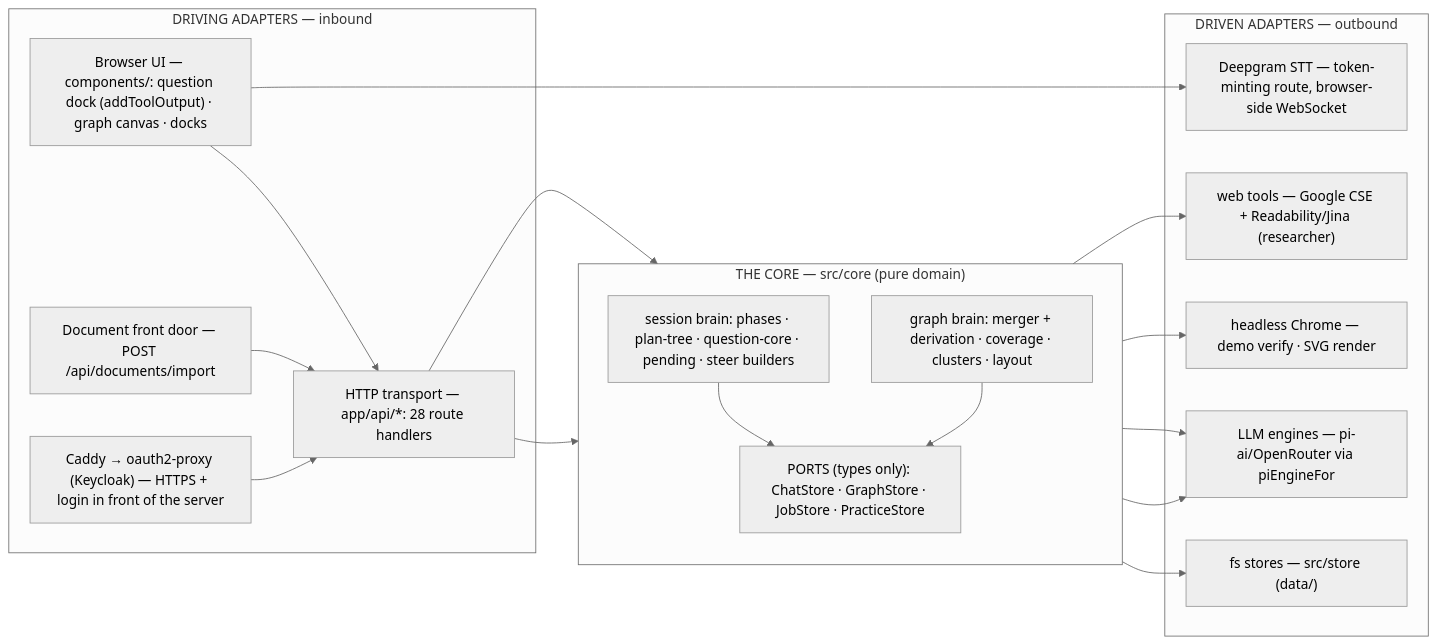
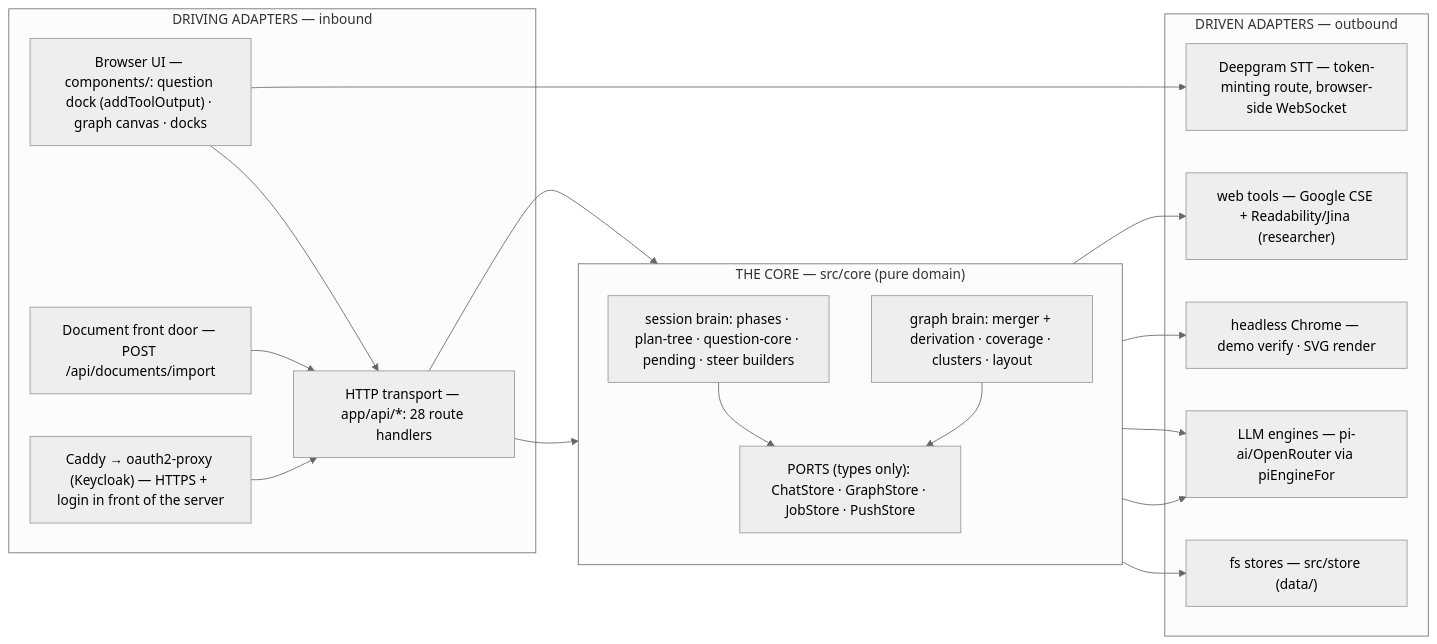
The second of 7 diagrams in docs/architecture.md (VileEnd/learnharness), drawn with Mermaid (neutral theme) before and after one commit. The commit also changed other lines of this file and 112 other files, not shown here.

````diff
--- a/docs/architecture.md
+++ b/docs/architecture.md
@@ -172,38 +172,38 @@
 ```mermaid
 flowchart LR
     subgraph DRIVING["DRIVING ADAPTERS — inbound"]
         BROWSER["Browser UI — components/: question dock (addToolOutput) · graph canvas · docks"]
         HTTP["HTTP transport — app/api/*: 28 route handlers"]
         NOTES["Document front door — POST /api/documents/import"]
         ELEC["Caddy → oauth2-proxy (Keycloak) — HTTPS + login in front of the server"]
     end
 
     subgraph HEXCORE["THE CORE — src/core (pure domain)"]
         direction TB
         SESS["session brain: phases · plan-tree · question-core · pending · steer builders"]
         GBRAIN["graph brain: merger + derivation · coverage · clusters · layout"]
-        PORTSBOX["PORTS (types only): ChatStore · GraphStore · JobStore · PracticeStore"]
+        PORTSBOX["PORTS (types only): ChatStore · GraphStore · JobStore · PushStore"]
     end
 
     subgraph DRIVEN["DRIVEN ADAPTERS — outbound"]
         FS["fs stores — src/store (data/)"]
         LLM["LLM engines — pi-ai/OpenRouter via piEngineFor"]
         HEAD["headless Chrome — demo verify · SVG render"]
         DEEP["Deepgram STT — token-minting route, browser-side WebSocket"]
         WEB["web tools — Google CSE + Readability/Jina (researcher)"]
     end
 
     BROWSER --> HTTP
     NOTES --> HTTP
     ELEC --> HTTP
     HTTP --> SESS
     HTTP --> GBRAIN
     SESS --> PORTSBOX
     GBRAIN --> PORTSBOX
     PORTSBOX --> FS
     SESS --> LLM
     GBRAIN --> LLM
     SESS --> HEAD
     SESS --> WEB
     BROWSER --> DEEP
 ```
````
